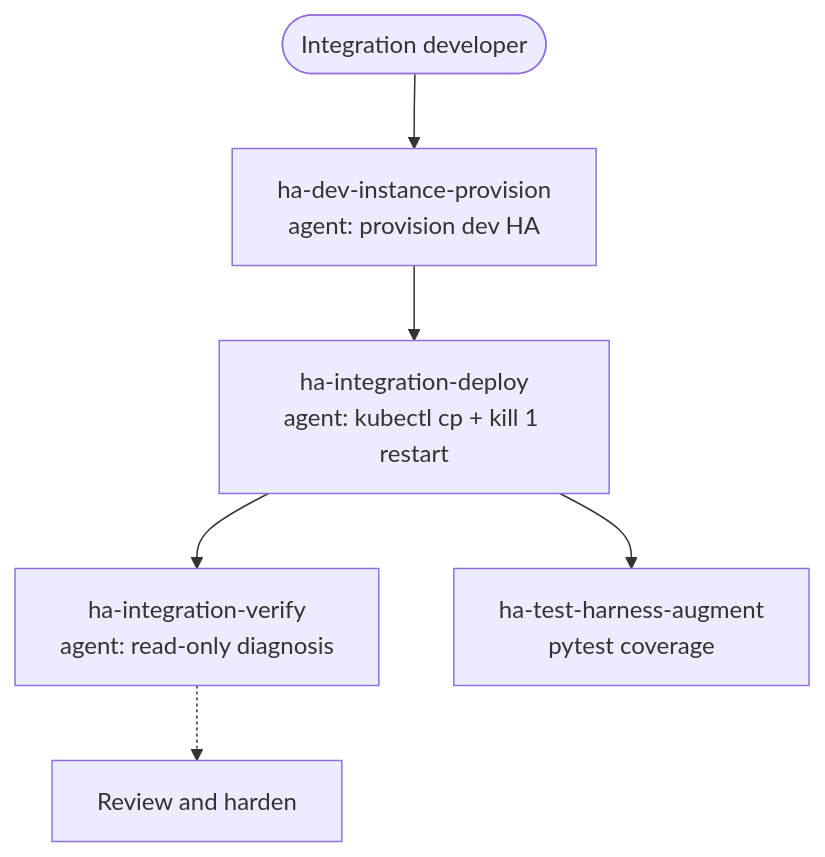
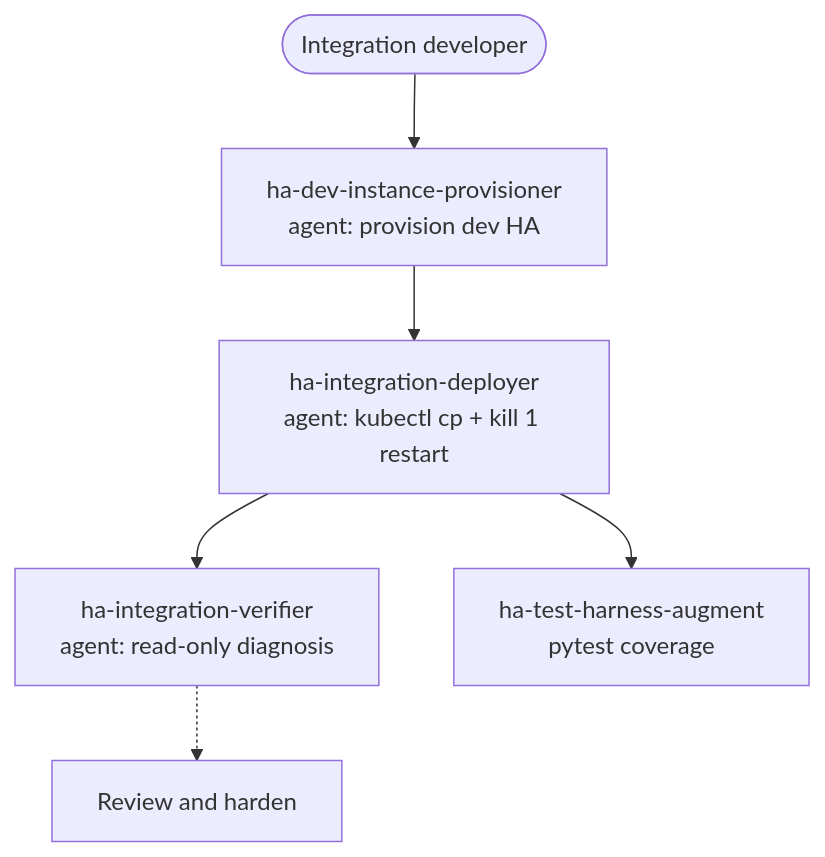
The diagram in docs/de/use-cases/dev-testing.md (nolte/claude-home-assistant), drawn with Mermaid before and after one commit. The commit also changed other lines of this file and 83 other files, not shown here.

Commit message:
feat(skills,agents): naming-uniformity pass—six renames to the inherited schema plus solution-family exception (#91)

````diff
--- a/docs/de/use-cases/dev-testing.md
+++ b/docs/de/use-cases/dev-testing.md
@@ -23,8 +23,8 @@
 ```mermaid
 flowchart TD
-    dev(["Integration developer"]) --> prov["ha-dev-instance-provision<br/>agent: provision dev HA"]
-    prov --> deploy["ha-integration-deploy<br/>agent: kubectl cp + kill 1 restart"]
-    deploy --> verify["ha-integration-verify<br/>agent: read-only diagnosis"]
+    dev(["Integration developer"]) --> prov["ha-dev-instance-provisioner<br/>agent: provision dev HA"]
+    prov --> deploy["ha-integration-deployer<br/>agent: kubectl cp + kill 1 restart"]
+    deploy --> verify["ha-integration-verifier<br/>agent: read-only diagnosis"]
     deploy --> tests["ha-test-harness-augment<br/>pytest coverage"]
     verify -.-> review["Review and harden"]
 ```
````
